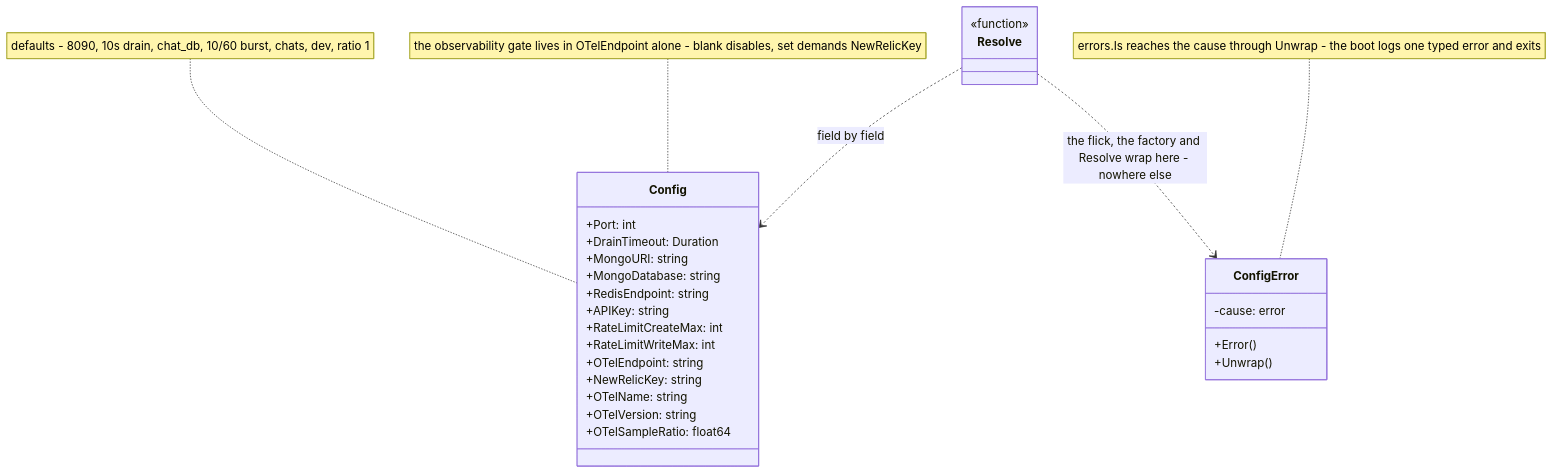
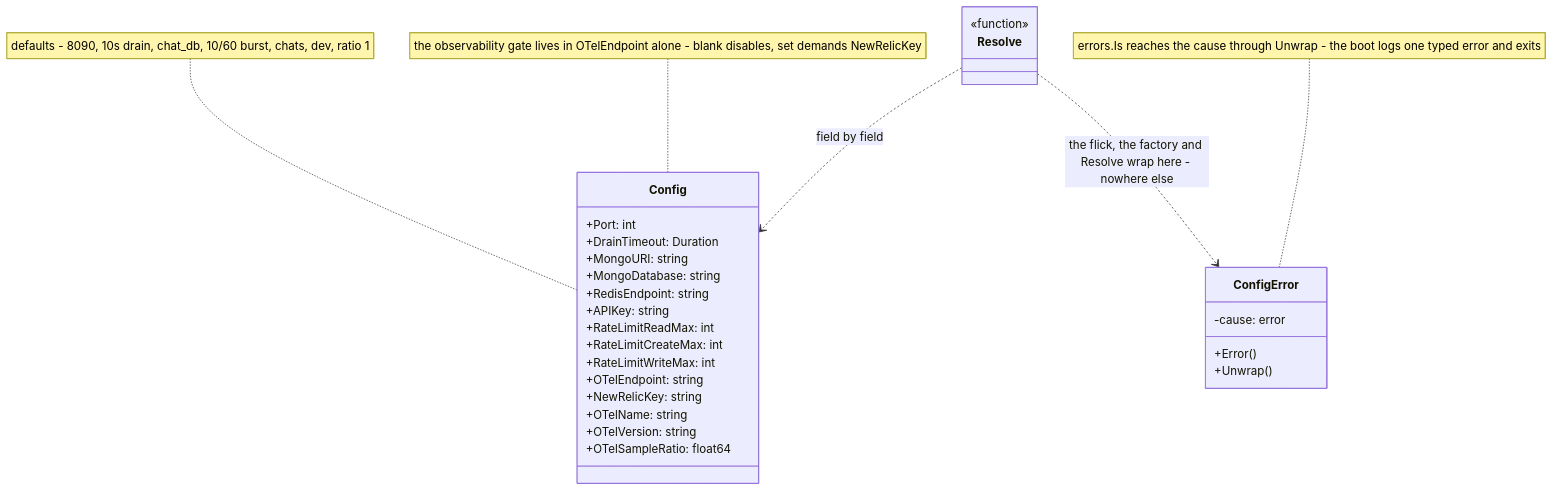
One commit to kunalPisolkar24/detectAI changed the fourth of 4 diagrams in services/chats/docs/getting-started/configuration.md. Above: the diagram before and after it, drawn with Mermaid. The commit also changed other lines of this file and 44 other files, not shown here.

Commit message:
Rate limit all chat RPCs and split the cache into focused packages

````diff
--- a/services/chats/docs/getting-started/configuration.md
+++ b/services/chats/docs/getting-started/configuration.md
@@ -168,31 +169,32 @@
 ```mermaid
 classDiagram
     class Resolve {
         <<function>>
     }
     class Config {
         +Port: int
         +DrainTimeout: Duration
         +MongoURI: string
         +MongoDatabase: string
         +RedisEndpoint: string
         +APIKey: string
+        +RateLimitReadMax: int
         +RateLimitCreateMax: int
         +RateLimitWriteMax: int
         +OTelEndpoint: string
         +NewRelicKey: string
         +OTelName: string
         +OTelVersion: string
         +OTelSampleRatio: float64
     }
     class ConfigError {
         -cause: error
         +Error()
         +Unwrap()
     }
     Resolve ..> Config : field by field
     Resolve ..> ConfigError : the flick, the factory and Resolve wrap here - nowhere else
     note for Config "defaults - 8090, 10s drain, chat_db, 10/60 burst, chats, dev, ratio 1"
     note for Config "the observability gate lives in OTelEndpoint alone - blank disables, set demands NewRelicKey"
     note for ConfigError "errors.Is reaches the cause through Unwrap - the boot logs one typed error and exits"
 ```
````
